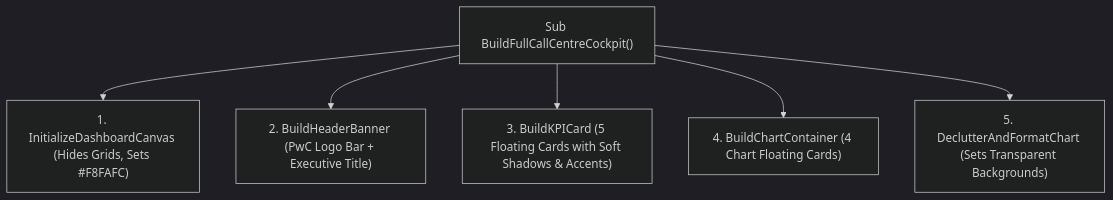
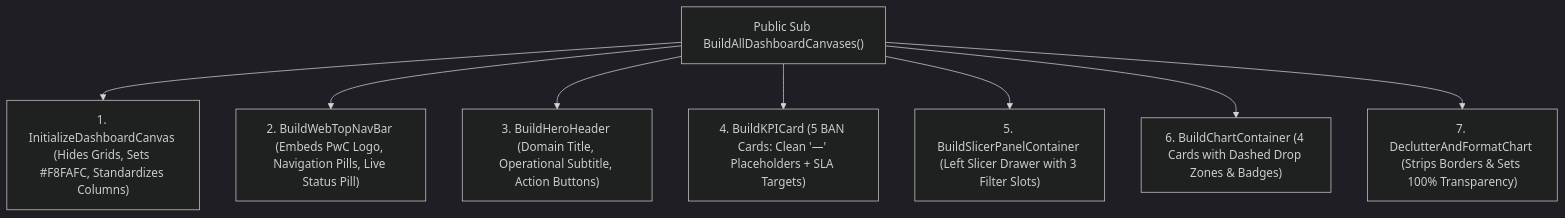
The second of 2 diagrams in docs/07_dashboard_background_and_uiux_guide.md (Sohila-Khaled-Abbas/pwc-switzerland-virtual-case), drawn with Mermaid (dark theme) before and after one commit. The commit also changed other lines of this file and 3 other files, not shown here.

````diff
--- a/docs/07_dashboard_background_and_uiux_guide.md
+++ b/docs/07_dashboard_background_and_uiux_guide.md
@@ -95,8 +95,10 @@
 ```mermaid
 graph TD
-    A["Sub BuildFullCallCentreCockpit()"] --> B["1. InitializeDashboardCanvas (Hides Grids, Sets #F8FAFC)"]
-    A --> C["2. BuildHeaderBanner (PwC Logo Bar + Executive Title)"]
-    A --> D["3. BuildKPICard (5 Floating Cards with Soft Shadows & Accents)"]
-    A --> E["4. BuildChartContainer (4 Chart Floating Cards)"]
-    A --> F["5. DeclutterAndFormatChart (Sets Transparent Backgrounds)"]
+    A["Public Sub BuildAllDashboardCanvases()"] --> B["1. InitializeDashboardCanvas (Hides Grids, Sets #F8FAFC, Standardizes Columns)"]
+    A --> C["2. BuildWebTopNavBar (Embeds PwC Logo, Navigation Pills, Live Status Pill)"]
+    A --> D["3. BuildHeroHeader (Domain Title, Operational Subtitle, Action Buttons)"]
+    A --> E["4. BuildKPICard (5 BAN Cards: Clean '—' Placeholders + SLA Targets)"]
+    A --> F["5. BuildSlicerPanelContainer (Left Slicer Drawer with 3 Filter Slots)"]
+    A --> G["6. BuildChartContainer (4 Cards with Dashed Drop Zones & Badges)"]
+    A --> H["7. DeclutterAndFormatChart (Strips Borders & Sets 100% Transparency)"]
 ```
````
